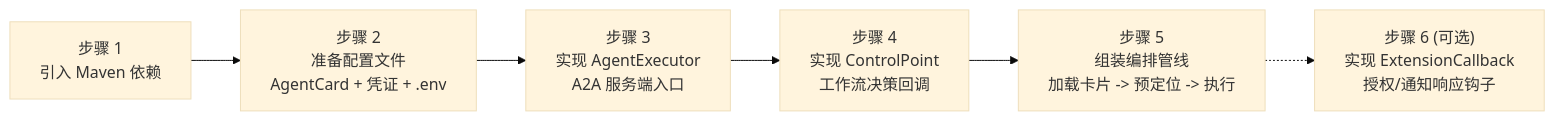
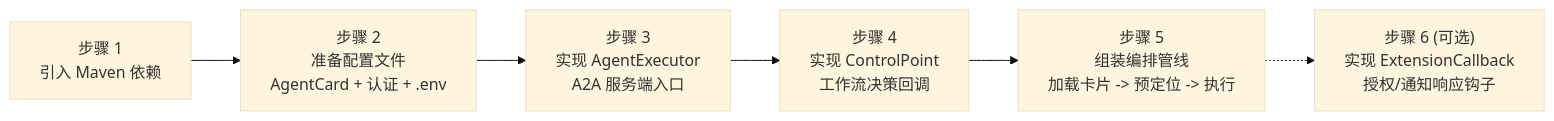
The second of 4 diagrams in docs/zh/工作台集成指南.md (project-openan/workflow-engine-sdk-java), drawn with Mermaid (base theme) before and after one commit. The commit also changed other lines of this file and 18 other files, not shown here.

Commit message:
docs: rewrite workbench integration guide with accurate call sequence, auth provider docs, credential encryption guide, and update Maven coordinates to dev.openan.workflow.sdk:engine-sdk

````diff
--- a/docs/zh/工作台集成指南.md
+++ b/docs/zh/工作台集成指南.md
@@ -58,12 +58,12 @@
 ```mermaid
 graph LR
     S1["步骤 1<br/>引入 Maven 依赖"]
-    S2["步骤 2<br/>准备配置文件<br/>AgentCard + 凭证 + .env"]
+    S2["步骤 2<br/>准备配置文件<br/>AgentCard + 认证 + .env"]
     S3["步骤 3<br/>实现 AgentExecutor<br/>A2A 服务端入口"]
     S4["步骤 4<br/>实现 ControlPoint<br/>工作流决策回调"]
     S5["步骤 5<br/>组装编排管线<br/>加载卡片 -> 预定位 -> 执行"]
     S6["步骤 6 (可选)<br/>实现 ExtensionCallback<br/>授权/通知响应钩子"]
 
     S1 --> S2 --> S3 --> S4 --> S5
     S5 -.-> S6
 ```
````
